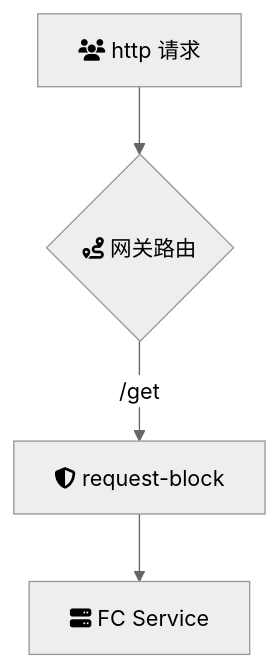
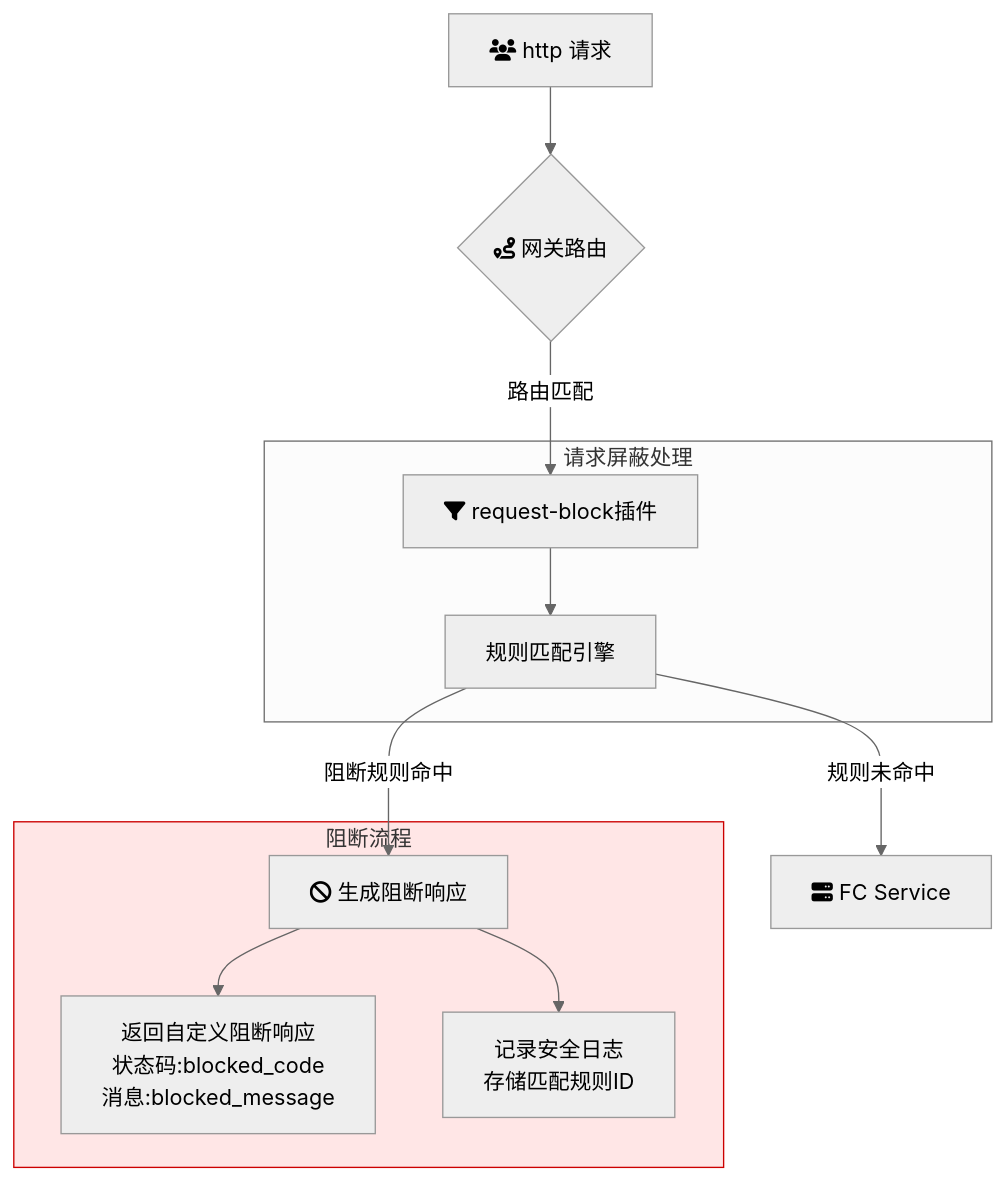
Before and after one commit to msa-group/start-apig: the diagram in request-block-plugin/README.md, drawn with Mermaid (neutral theme). The commit also changed 8 other files, not shown here.

````diff
--- a/request-block-plugin/README.md
+++ b/request-block-plugin/README.md
@@ -29,6 +29,23 @@
 ```mermaid
 flowchart TB
 A[fa:fa-users http 请求] --> B{fa:fa-route 网关路由}
-	B -->|/get| P1[fa:fa-shield-alt request-block]
-	P1 --> Backend[fa:fa-server FC Service]
+B -->|路由匹配| C[fa:fa-filter request-block插件]
+
+subgraph 安全过滤层[请求屏蔽处理]
+C --> C2[规则匹配引擎]
+end
+
+C2 -->|阻断规则命中| C3[fa:fa-ban 生成阻断响应]
+C2 -->|规则未命中| C4[fa:fa-server FC Service]
+
+subgraph 阻断流程
+C3 --> H[返回自定义阻断响应
+状态码:blocked_code
+消息:blocked_message]
+C3 --> I[记录安全日志
+存储匹配规则ID]
+end
+
+style 阻断流程 fill:#ffe6e6,stroke:#cc0000
+
 ```
````
